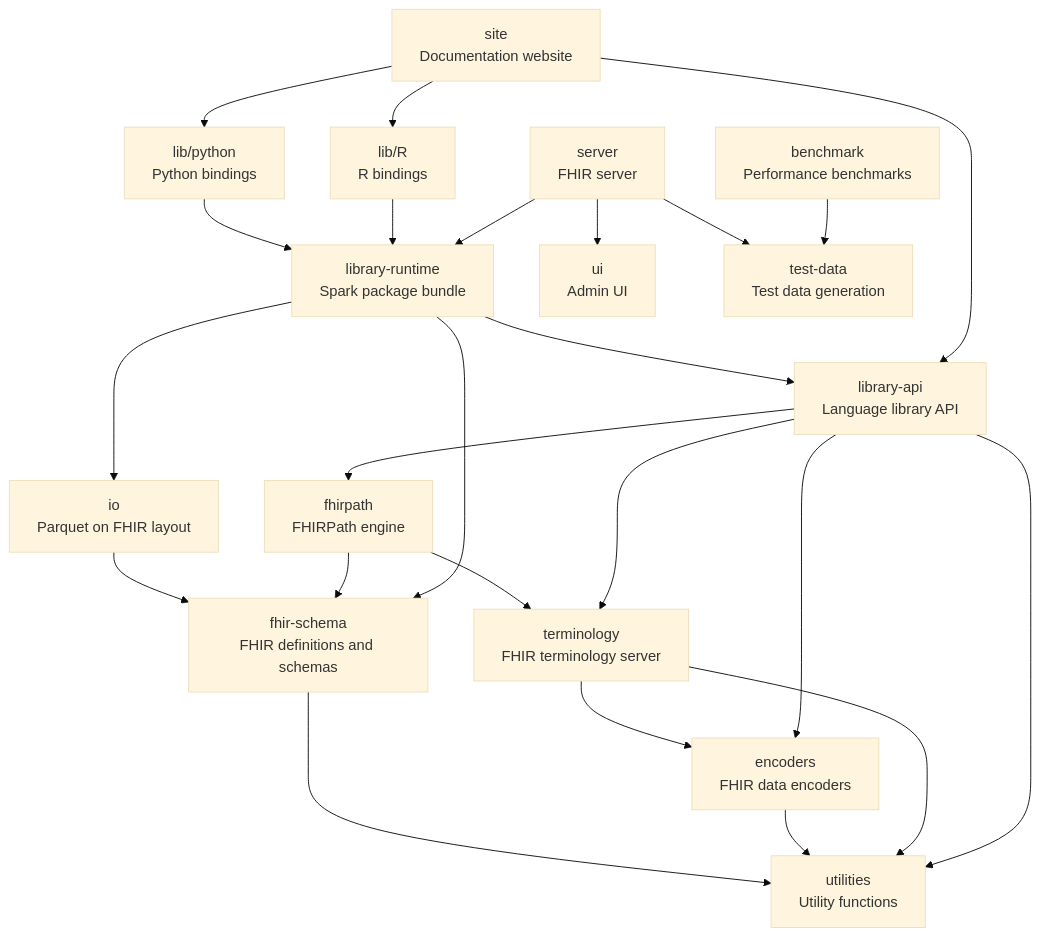
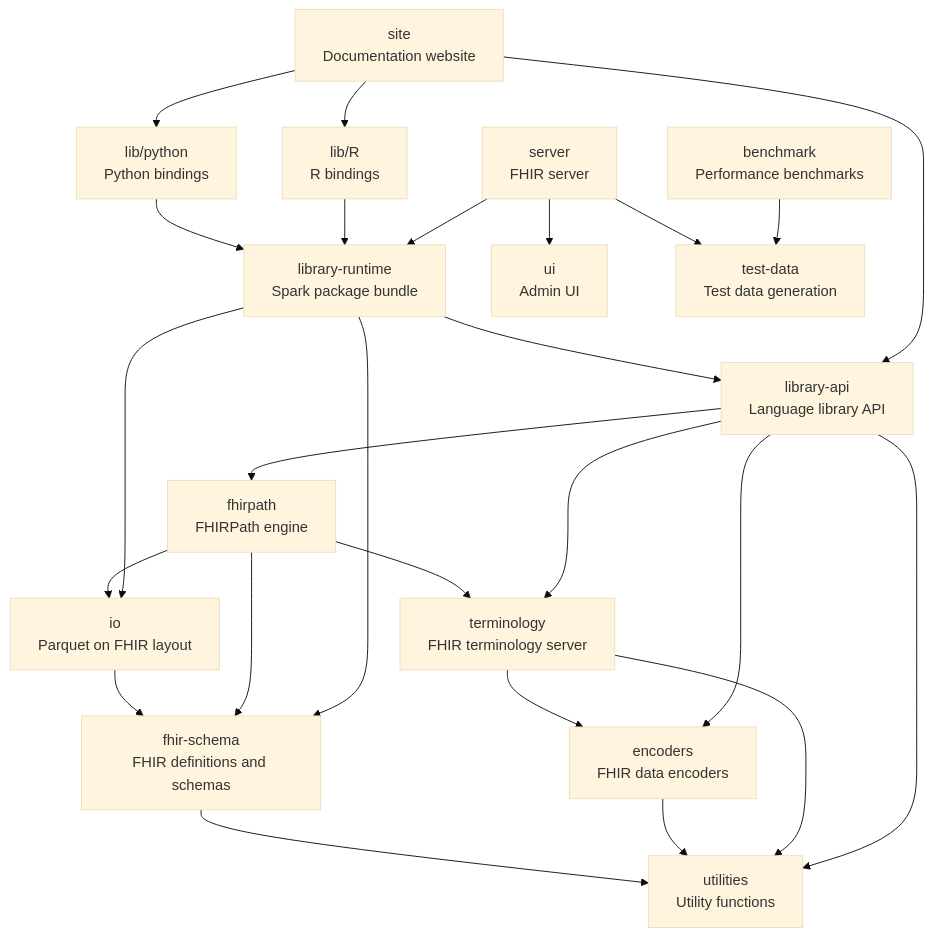
Before and after one commit to aehrc/pathling: the diagram in CONTRIBUTING.md, drawn with Mermaid (base theme). The commit also changed 9 other files, not shown here.

````diff
--- a/CONTRIBUTING.md
+++ b/CONTRIBUTING.md
@@ -55,42 +55,43 @@
 ```mermaid
 graph TD
     utilities[utilities<br/>Utility functions]
     fhir-schema[fhir-schema<br/>FHIR definitions and schemas]
     encoders[encoders<br/>FHIR data encoders]
     io[io<br/>Parquet on FHIR layout]
     terminology[terminology<br/>FHIR terminology server]
     fhirpath[fhirpath<br/>FHIRPath engine]
     library-api[library-api<br/>Language library API]
     library-runtime[library-runtime<br/>Spark package bundle]
     python[lib/python<br/>Python bindings]
     r[lib/R<br/>R bindings]
     site[site<br/>Documentation website]
     benchmark[benchmark<br/>Performance benchmarks]
     server[server<br/>FHIR server]
     ui[ui<br/>Admin UI]
     test-data[test-data<br/>Test data generation]
 
     fhir-schema --> utilities
     encoders --> utilities
     io --> fhir-schema
     terminology --> utilities
     terminology --> encoders
     fhirpath --> terminology
     fhirpath --> fhir-schema
+    fhirpath --> io
     library-api --> utilities
     library-api --> encoders
     library-api --> terminology
     library-api --> fhirpath
     library-runtime --> library-api
     library-runtime --> fhir-schema
     library-runtime --> io
     python --> library-runtime
     r --> library-runtime
     server --> library-runtime
     server --> test-data
     server --> ui
     site --> library-api
     site --> python
     site --> r
     benchmark --> test-data
 ```
````
